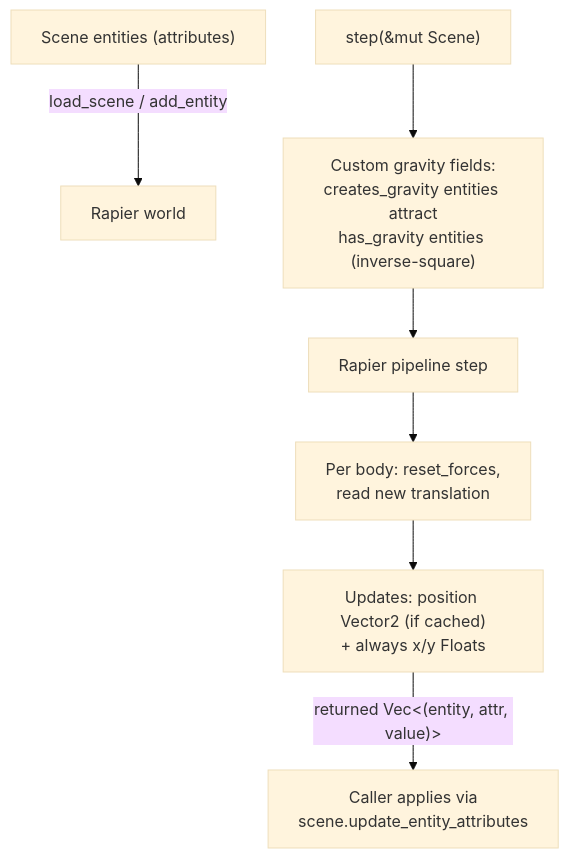
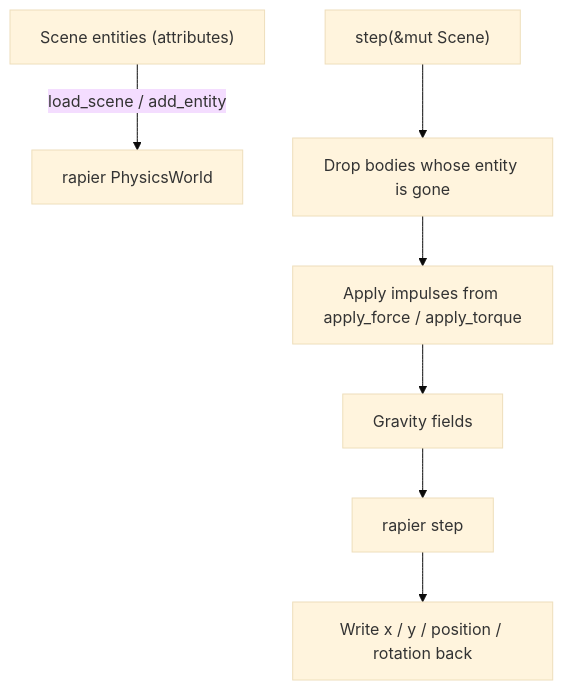
One commit to gh0stintheshe11/Rust-2D-Game-Engine changed the diagram in docs/physics.md. Above: the diagram before and after it, drawn with Mermaid (base theme). The commit also changed other lines of this file and 10 other files, not shown here.

First line of the commit message:
fix(physics): keep bodies, sprites and scripts in sync

````diff
--- a/docs/physics.md
+++ b/docs/physics.md
@@ -29,9 +42,9 @@
 ```mermaid
 graph TD
-    A["Scene entities (attributes)"] -->|"load_scene / add_entity"| B[Rapier world]
-    C["step(&mut Scene)"] --> D["Custom gravity fields:<br/>creates_gravity entities attract<br/>has_gravity entities (inverse-square)"]
-    D --> E[Rapier pipeline step]
-    E --> F["Per body: reset_forces,<br/>read new translation"]
-    F --> G["Updates: position Vector2 (if cached)<br/>+ always x/y Floats"]
-    G -->|"returned Vec<(entity, attr, value)>"| H["Caller applies via<br/>scene.update_entity_attributes"]
+    A["Scene entities (attributes)"] -->|"load_scene / add_entity"| B["rapier PhysicsWorld"]
+    C["step(&mut Scene)"] --> D["Drop bodies whose entity is gone"]
+    D --> E["Apply impulses from apply_force / apply_torque"]
+    E --> F["Gravity fields"]
+    F --> G["rapier step"]
+    G --> H["Write x / y / position / rotation back"]
 ```
````
